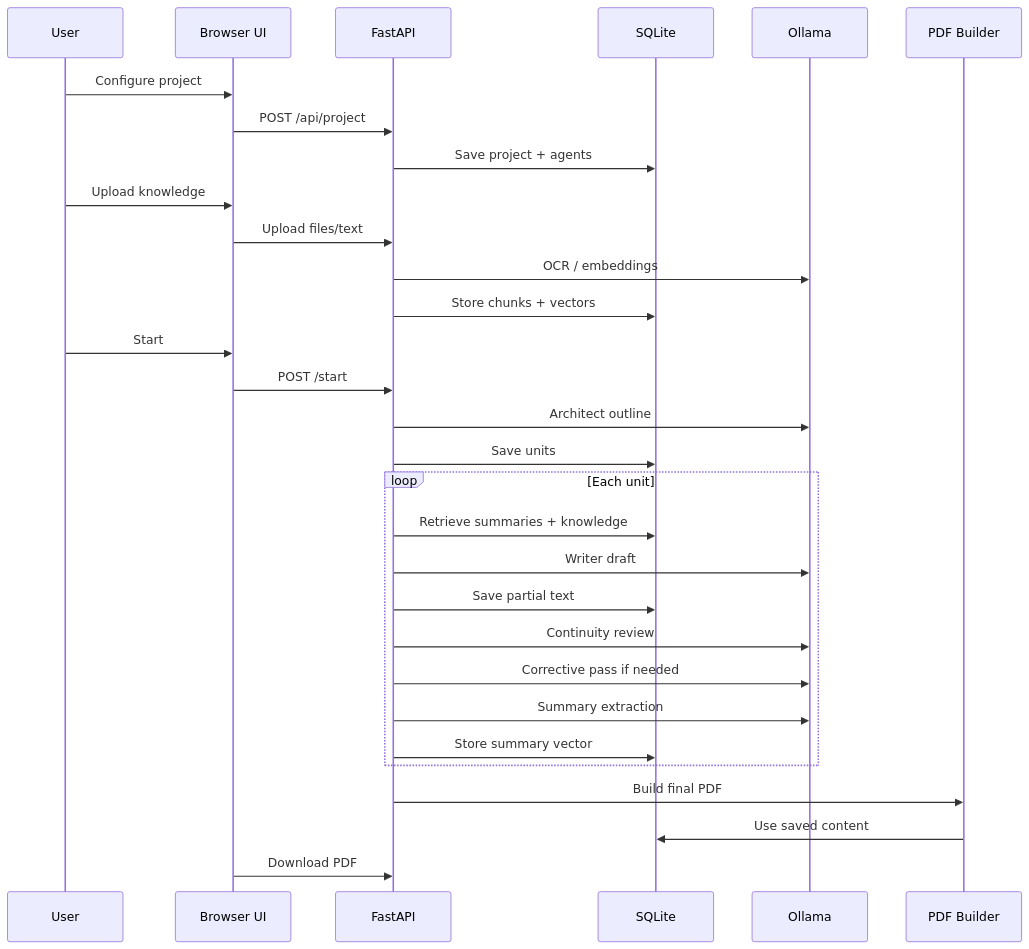
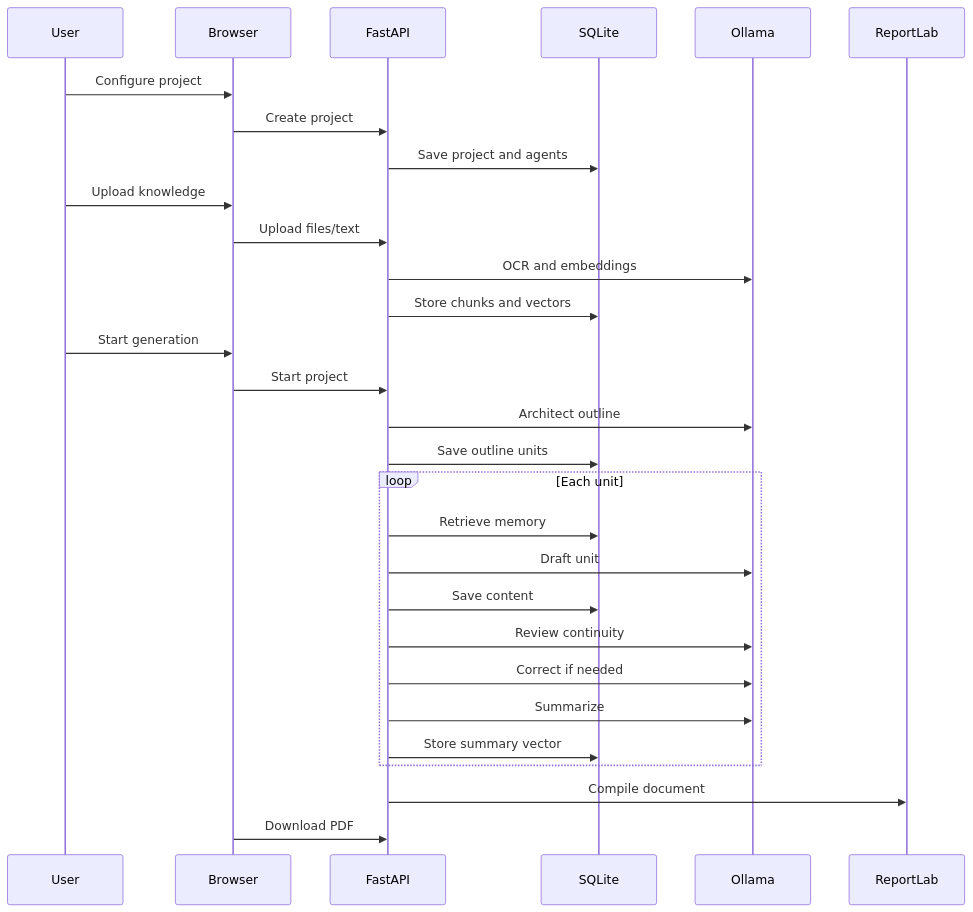
One commit to ScriptKiddie913/The-Writer changed the fourth of 4 diagrams in README.md. Above: the diagram before and after it, drawn with Mermaid. The commit also changed other lines of this file, not shown here.

````diff
--- a/README.md
+++ b/README.md
@@ -539,33 +825,34 @@
 ```mermaid
 sequenceDiagram
     participant U as User
-    participant UI as Browser UI
+    participant UI as Browser
     participant API as FastAPI
     participant DB as SQLite
     participant O as Ollama
-    participant PDF as PDF Builder
+    participant PDF as ReportLab
 
     U->>UI: Configure project
-    UI->>API: POST /api/project
-    API->>DB: Save project + agents
+    UI->>API: Create project
+    API->>DB: Save project and agents
     U->>UI: Upload knowledge
     UI->>API: Upload files/text
-    API->>O: OCR / embeddings
-    API->>DB: Store chunks + vectors
-    U->>UI: Start
-    UI->>API: POST /start
+    API->>O: OCR and embeddings
+    API->>DB: Store chunks and vectors
+    U->>UI: Start generation
+    UI->>API: Start project
     API->>O: Architect outline
-    API->>DB: Save units
+    API->>DB: Save outline units
+
     loop Each unit
-        API->>DB: Retrieve summaries + knowledge
-        API->>O: Writer draft
-        API->>DB: Save partial text
-        API->>O: Continuity review
-        API->>O: Corrective pass if needed
-        API->>O: Summary extraction
+        API->>DB: Retrieve memory
+        API->>O: Draft unit
+        API->>DB: Save content
+        API->>O: Review continuity
+        API->>O: Correct if needed
+        API->>O: Summarize
         API->>DB: Store summary vector
     end
-    API->>PDF: Build final PDF
-    PDF->>DB: Use saved content
+
+    API->>PDF: Compile document
     UI->>API: Download PDF
 ```
````
